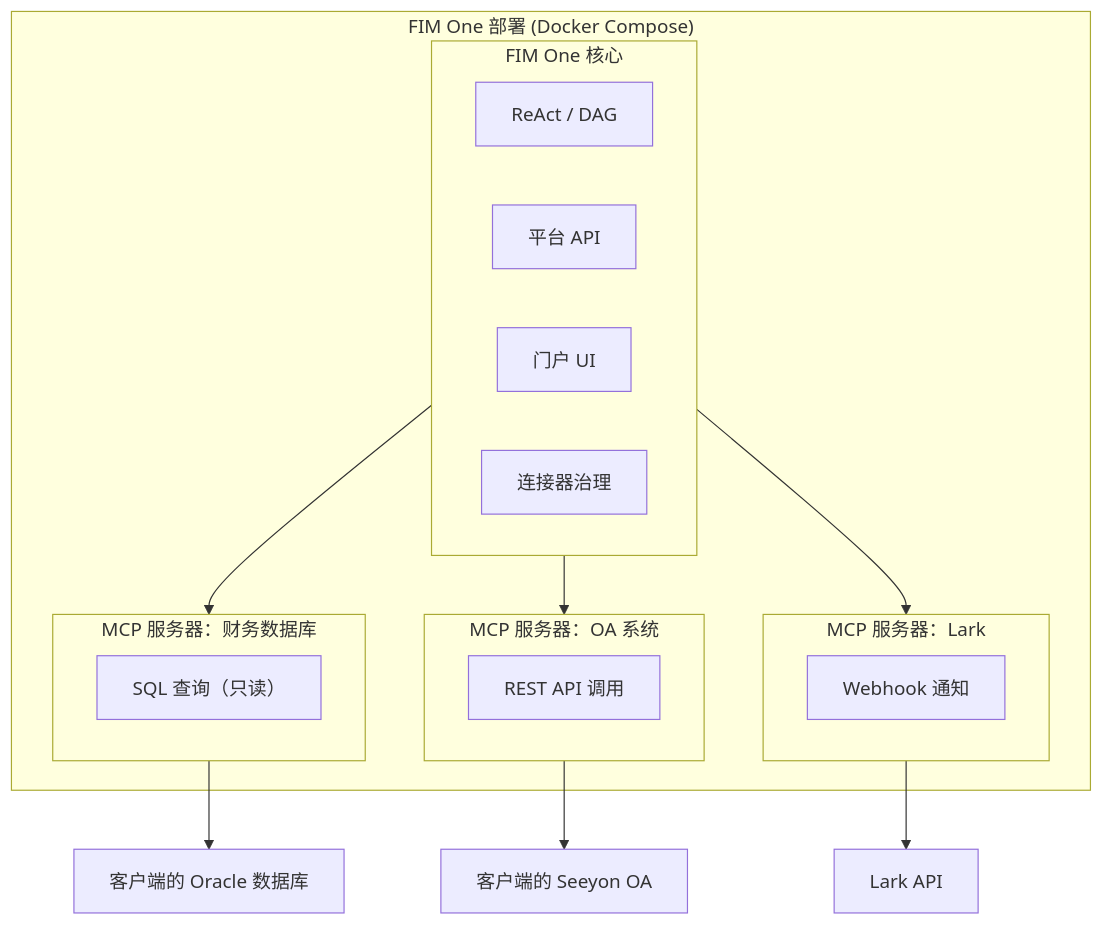
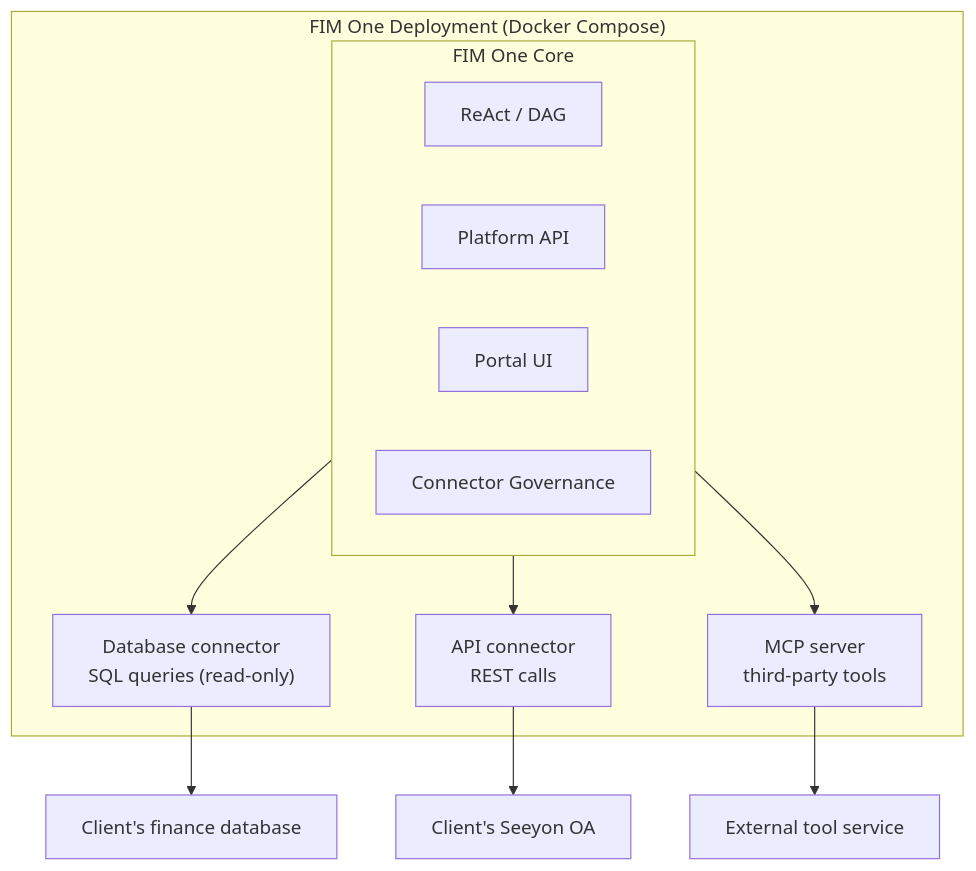
The third of 5 diagrams in docs/zh/architecture/connector-architecture.mdx (fim-ai/fim-one), drawn with Mermaid before and after one commit. The commit also changed other lines of this file and 280 other files, not shown here.

````diff
--- a/docs/zh/architecture/connector-architecture.mdx
+++ b/docs/zh/architecture/connector-architecture.mdx
@@ -106,31 +110,23 @@
 ```mermaid
 flowchart TD
-    subgraph Docker["FIM One 部署 (Docker Compose)"]
-        subgraph Core["FIM One 核心"]
+    subgraph Docker["FIM One Deployment (Docker Compose)"]
+        subgraph Core["FIM One Core"]
             R["ReAct / DAG"]
-            P["平台 API"]
-            U["门户 UI"]
-            G["连接器治理"]
+            P["Platform API"]
+            U["Portal UI"]
+            G["Connector Governance"]
         end
 
-        subgraph MCP1["MCP 服务器：财务数据库"]
-            M1["SQL 查询（只读）"]
-        end
+        A1["Database connector<br/>SQL queries (read-only)"]
+        A2["API connector<br/>REST calls"]
+        A3["MCP server<br/>third-party tools"]
 
-        subgraph MCP2["MCP 服务器：OA 系统"]
-            M2["REST API 调用"]
-        end
-
-        subgraph MCP3["MCP 服务器：Lark"]
-            M3["Webhook 通知"]
-        end
-
-        Core --> MCP1
-        Core --> MCP2
-        Core --> MCP3
+        Core --> A1
+        Core --> A2
+        Core --> A3
     end
 
-    MCP1 --> Oracle["客户端的 Oracle 数据库"]
-    MCP2 --> Seeyon["客户端的 Seeyon OA"]
-    MCP3 --> Lark["Lark API"]
+    A1 --> PG["Client's finance database"]
+    A2 --> Seeyon["Client's Seeyon OA"]
+    A3 --> Ext["External tool service"]
 ```
````
